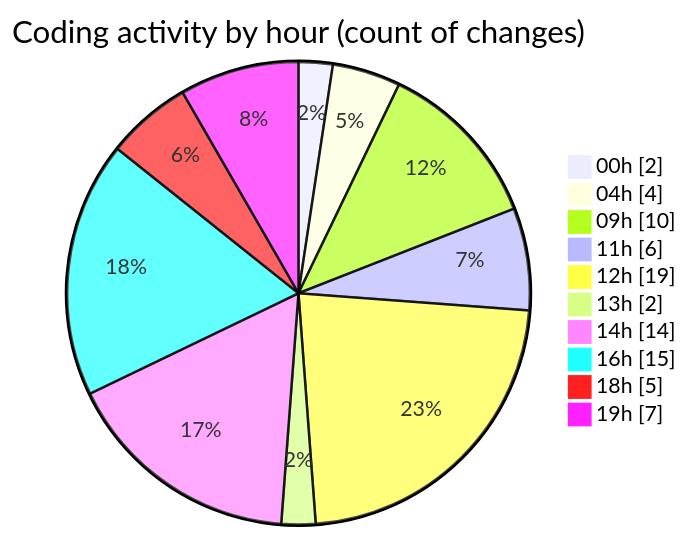
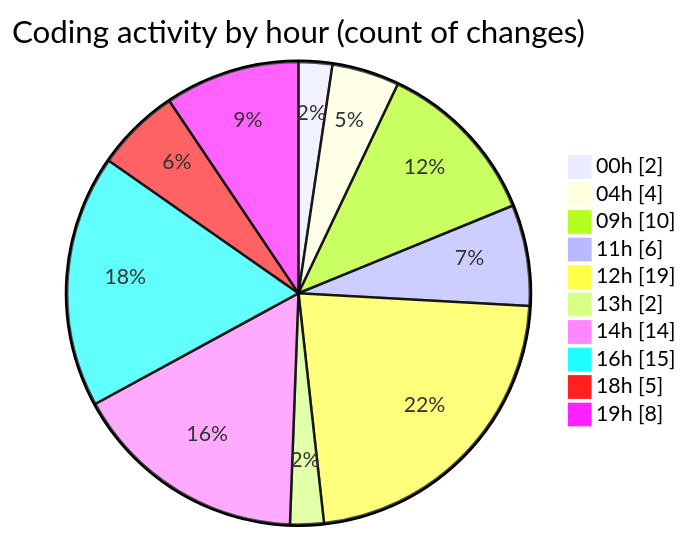
The second of 2 diagrams in 2025-10-28/eventscop-frontend-guide__workspace_/README.md (julien-gomy/code-tracking), drawn with Mermaid before and after one commit. The commit also changed other lines of this file and 1 other file, not shown here.

````diff
--- a/2025-10-28/eventscop-frontend-guide__workspace_/README.md
+++ b/2025-10-28/eventscop-frontend-guide__workspace_/README.md
@@ -56,14 +57,14 @@
 ```mermaid
 pie showData
 title Coding activity by hour (count of changes)
 "00h" : 2
 "04h" : 4
 "09h" : 10
 "11h" : 6
 "12h" : 19
 "13h" : 2
 "14h" : 14
 "16h" : 15
 "18h" : 5
-"19h" : 7
+"19h" : 8
 ```
````
